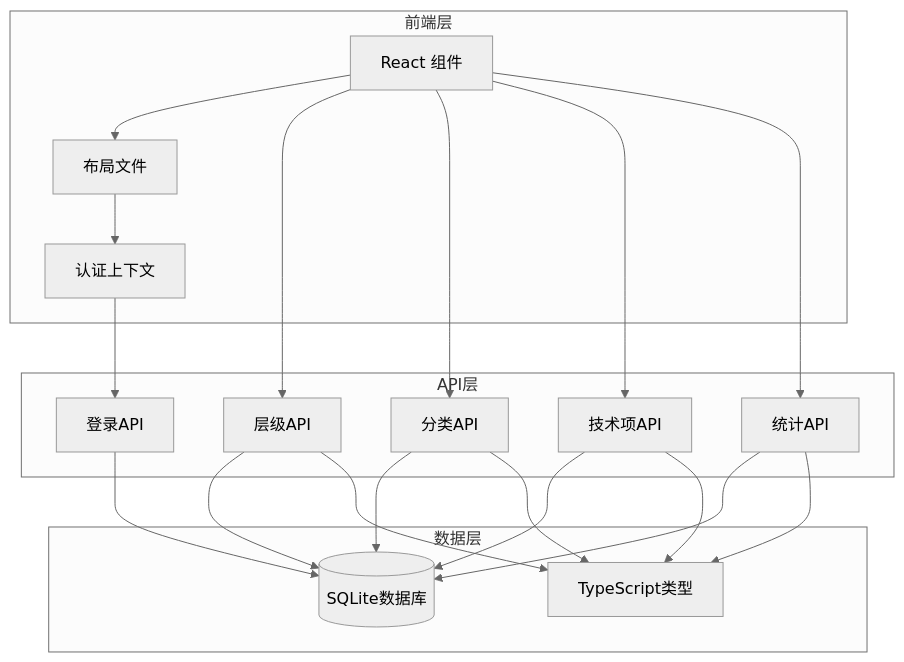
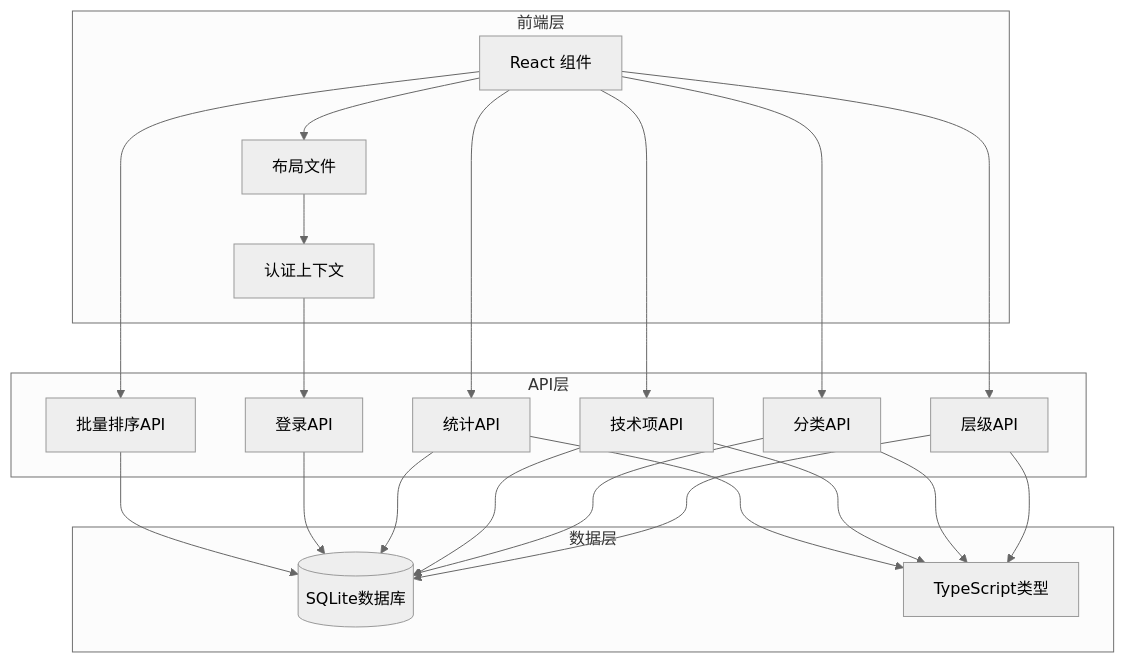
The first of 6 diagrams in .qoder/repowiki/zh/content/API接口参考/API接口参考.md (tutusiji/lantu-next), drawn with Mermaid (neutral theme) before and after one commit. The commit also changed other lines of this file and 22 other files, not shown here.

````diff
--- a/.qoder/repowiki/zh/content/API接口参考/API接口参考.md
+++ b/.qoder/repowiki/zh/content/API接口参考/API接口参考.md
@@ -40,35 +50,38 @@
 ```mermaid
 graph TB
 subgraph "前端层"
 UI[React 组件]
 Layout[布局文件]
 Auth[认证上下文]
 end
 subgraph "API层"
 LayersAPI[层级API]
 CategoriesAPI[分类API]
 TechItemsAPI[技术项API]
 StatsAPI[统计API]
 LoginAPI[登录API]
+ReorderAPI[批量排序API]
 end
 subgraph "数据层"
 DB[(SQLite数据库)]
 Types[TypeScript类型]
 end
 UI --> Layout
 Layout --> Auth
 Auth --> LoginAPI
 UI --> LayersAPI
 UI --> CategoriesAPI
 UI --> TechItemsAPI
 UI --> StatsAPI
+UI --> ReorderAPI
 LayersAPI --> DB
 CategoriesAPI --> DB
 TechItemsAPI --> DB
 StatsAPI --> DB
 LoginAPI --> DB
+ReorderAPI --> DB
 LayersAPI --> Types
 CategoriesAPI --> Types
 TechItemsAPI --> Types
 StatsAPI --> Types
 ```
````
